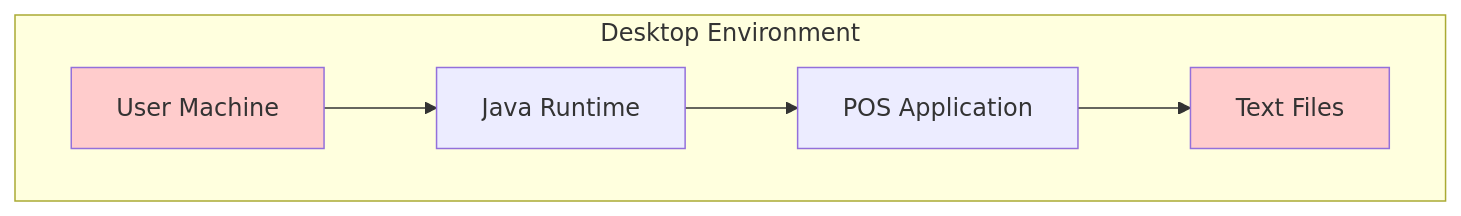
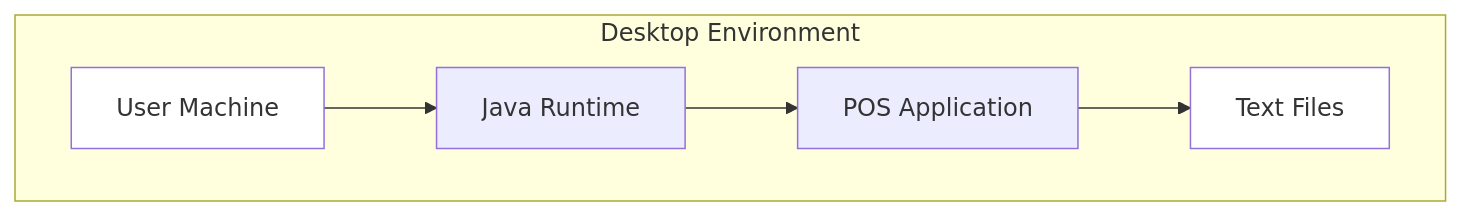
Before and after one commit to MasterOz786/Re-Engineering-POS: diagram 16 of 23 in legacy/DIAGRAMS.md, drawn with Mermaid. The commit also changed other lines of this file, not shown here.

Commit message:
Update all diagrams to use white backgrounds

````diff
--- a/legacy/DIAGRAMS.md
+++ b/legacy/DIAGRAMS.md
@@ -1108,16 +1108,16 @@
 ```mermaid
 graph TB
     subgraph "Desktop Environment"
         A[User Machine]
         B[Java Runtime]
         C[POS Application]
         D[Text Files]
     end
     
     A --> B
     B --> C
     C --> D
     
-    style A fill:#ffcccc
-    style D fill:#ffcccc
+    style A fill:#ffffff
+    style D fill:#ffffff
 ```
````
